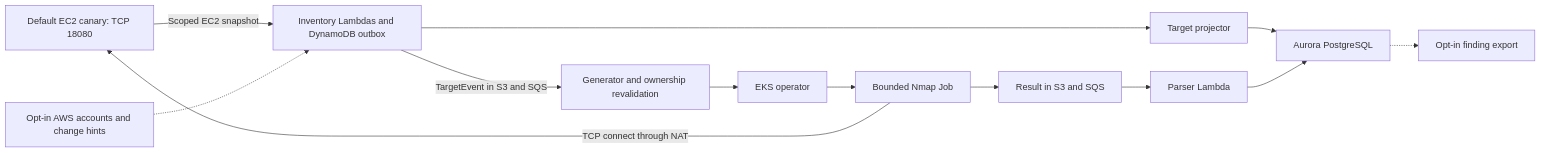
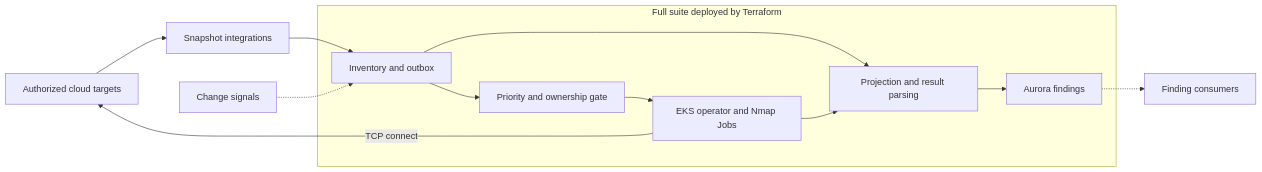
The diagram in README.md (Roblox/portscanner), drawn with Mermaid before and after one commit. The commit also changed other lines of this file, not shown here.

First line of the commit message:
Clarify full-suite onboarding (#14)

````diff
--- a/README.md
+++ b/README.md
@@ -25,27 +32,26 @@
 ```mermaid
 flowchart LR
-    canary["Default EC2 canary: TCP 18080"]
-    accounts["Opt-in AWS accounts and change hints"]
-    inventory["Inventory Lambdas and DynamoDB outbox"]
-    generator["Generator and ownership revalidation"]
-    operator["EKS operator"]
-    scanner["Bounded Nmap Job"]
-    projector["Target projector"]
-    results["Result in S3 and SQS"]
-    parser["Parser Lambda"]
-    database["Aurora PostgreSQL"]
-    export["Opt-in finding export"]
+    targets["Authorized cloud targets"]
+    snapshots["Snapshot integrations"]
+    signals["Change signals"]
+    consumers["Finding consumers"]
 
-    canary -->|"Scoped EC2 snapshot"| inventory
-    accounts -.-> inventory
-    inventory -->|"TargetEvent in S3 and SQS"| generator
-    generator --> operator
-    operator --> scanner
-    scanner -->|"TCP connect through NAT"| canary
-    inventory --> projector
-    scanner --> results
-    projector --> database
-    results --> parser
+    subgraph suite [Full suite deployed by Terraform]
+        inventory["Inventory and outbox"]
+        generator["Priority and ownership gate"]
+        scanner["EKS operator and Nmap Jobs"]
+        parser["Projection and result parsing"]
+        database["Aurora findings"]
+    end
+
+    targets --> snapshots
+    snapshots --> inventory
+    signals -.-> inventory
+    inventory --> generator
+    generator --> scanner
+    scanner -->|"TCP connect"| targets
+    inventory --> parser
+    scanner --> parser
     parser --> database
-    database -.-> export
+    database -.-> consumers
 ```
````
